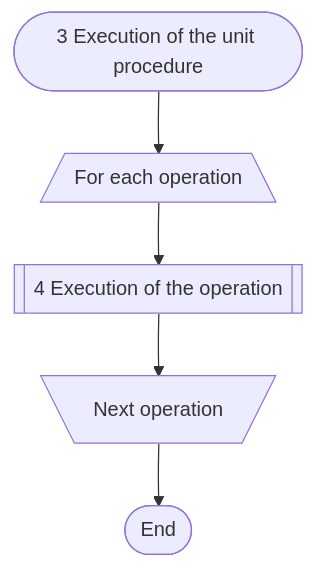
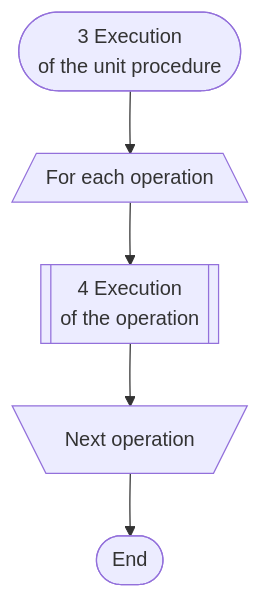
The third of 7 diagrams in readme.md (savushkin-r-d/ptusa_main), drawn with Mermaid before and after one commit. The commit also changed other lines of this file, not shown here.

Commit message:
Edit diagrams forms.

````diff
--- a/readme.md
+++ b/readme.md
@@ -67,10 +72,10 @@
 ``` mermaid
 
 flowchart TD
 
-    A([3 Execution of the unit procedure]) --> B[/For each operation\]
+    A([3 Execution <br/> of the unit procedure]) --> B[/For each operation\]
     B[/For each operation\] --> C[[3 Execution of the unit]]
-    C[[4 Execution of the operation]] --> D[\Next operation/]
+    C[[4 Execution <br/> of the operation]] --> D[\Next operation/]
     D[\Next operation/] --> E([End])
 
 ```
````
